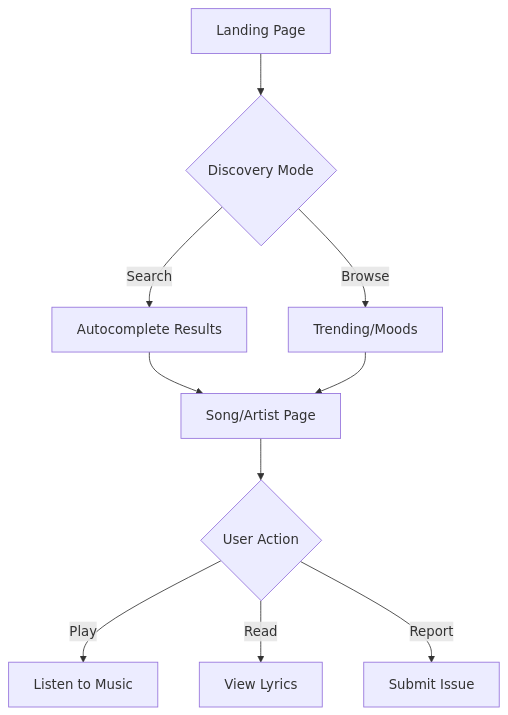
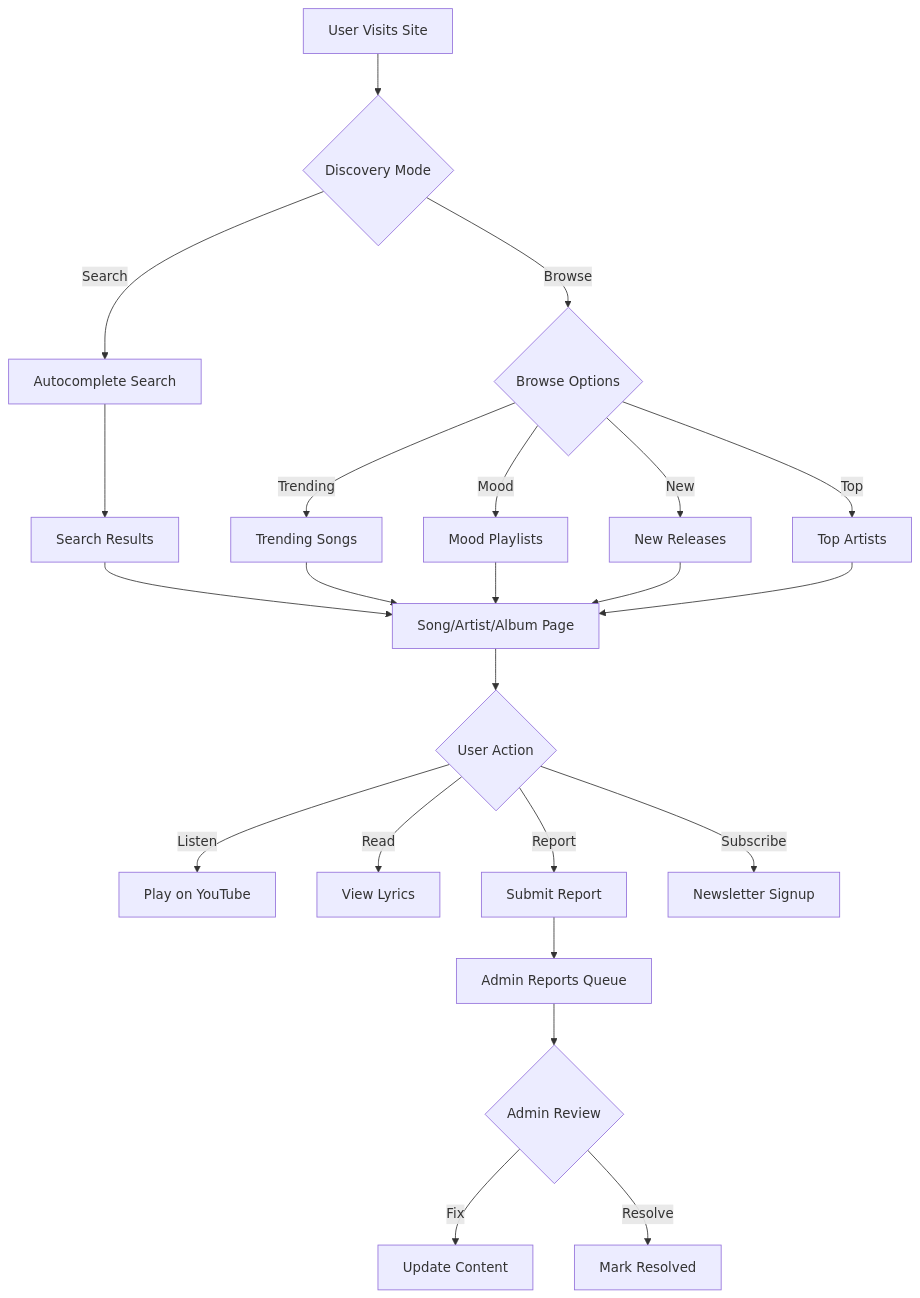
Before and after one commit to mrkhatri01-code/music: the third of 4 diagrams in README.md, drawn with Mermaid. The commit also changed other lines of this file, not shown here.

````diff
--- a/README.md
+++ b/README.md
@@ -88,12 +386,30 @@
 ```mermaid
 graph TD
-    A[Landing Page] --> B{Discovery Mode}
-    B -->|Search| C[Autocomplete Results]
-    B -->|Browse| D[Trending/Moods]
-    C --> E[Song/Artist Page]
-    D --> E
-    E --> F{User Action}
-    F -->|Play| G[Listen to Music]
-    F -->|Read| H[View Lyrics]
-    F -->|Report| I[Submit Issue]
+    A[User Visits Site] --> B{Discovery Mode}
+    
+    B -->|Search| C[Autocomplete Search]
+    C --> D[Search Results]
+    D --> E[Song/Artist/Album Page]
+    
+    B -->|Browse| F{Browse Options}
+    F -->|Trending| G[Trending Songs]
+    F -->|Mood| H[Mood Playlists]
+    F -->|New| I[New Releases]
+    F -->|Top| J[Top Artists]
+    
+    G --> E
+    H --> E
+    I --> E
+    J --> E
+    
+    E --> K{User Action}
+    K -->|Listen| L[Play on YouTube]
+    K -->|Read| M[View Lyrics]
+    K -->|Report| N[Submit Report]
+    K -->|Subscribe| O[Newsletter Signup]
+    
+    N --> P[Admin Reports Queue]
+    P --> Q{Admin Review}
+    Q -->|Fix| R[Update Content]
+    Q -->|Resolve| S[Mark Resolved]
 ```
````
